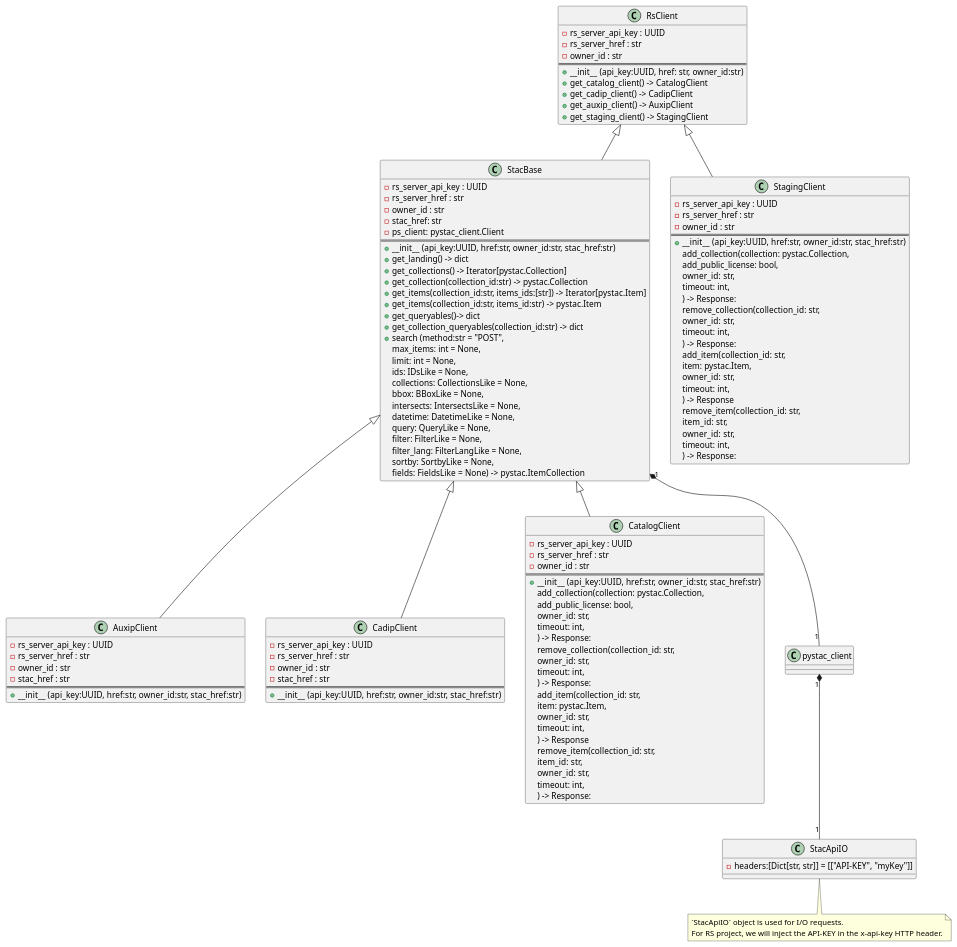
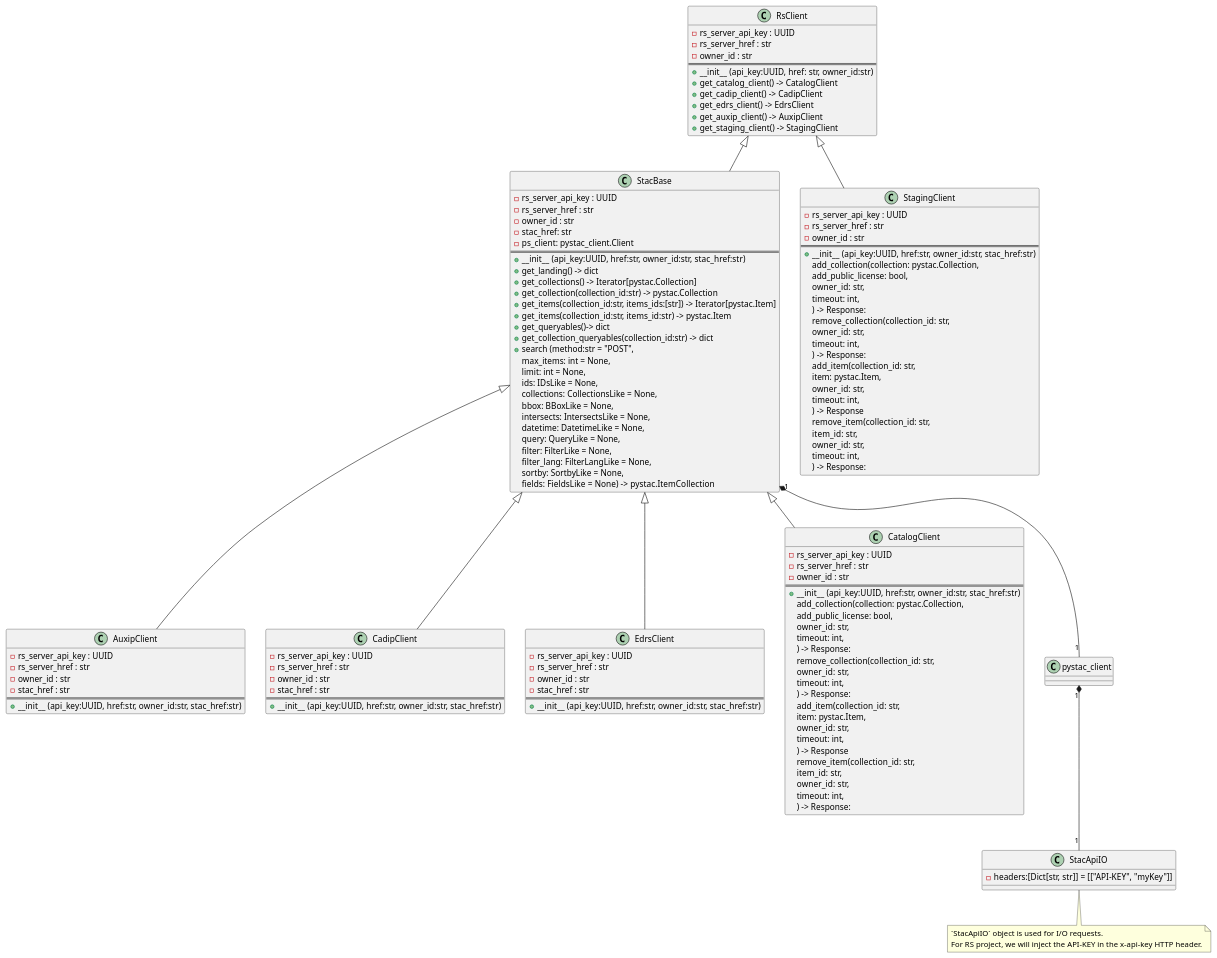
One commit to RS-PYTHON/rs-client-libraries changed the diagram in docs/uml/python-rs-client.plantuml. Above: the diagram before and after it, drawn with PlantUML. The commit also changed 3 other files, not shown here.

Commit message:
rs-client-libraries update for edrs

```diff
--- a/docs/uml/python-rs-client.plantuml
+++ b/docs/uml/python-rs-client.plantuml
@@ -1,138 +1,149 @@
 @startuml python-rs-client
 
 Class RsClient {
 - rs_server_api_key : UUID
 - rs_server_href : str
 - owner_id : str
 ==
 + __init__ (api_key:UUID, href: str, owner_id:str)
 + get_catalog_client() -> CatalogClient
 + get_cadip_client() -> CadipClient
++ get_edrs_client() -> EdrsClient
 + get_auxip_client() -> AuxipClient
 + get_staging_client() -> StagingClient
 }
 
 Class StacBase {
 - rs_server_api_key : UUID
 - rs_server_href : str
 - owner_id : str
 - stac_href: str
 - ps_client: pystac_client.Client
 ==
 + __init__ (api_key:UUID, href:str, owner_id:str, stac_href:str)
 + get_landing() -> dict
 + get_collections() -> Iterator[pystac.Collection]
 + get_collection(collection_id:str) -> pystac.Collection
 + get_items(collection_id:str, items_ids:[str]) -> Iterator[pystac.Item]
 + get_items(collection_id:str, items_id:str) -> pystac.Item
 + get_queryables()-> dict
 + get_collection_queryables(collection_id:str) -> dict
 + search (method:str = "POST",
         max_items: int = None,
         limit: int = None,
         ids: IDsLike = None,
         collections: CollectionsLike = None,
         bbox: BBoxLike = None,
         intersects: IntersectsLike = None,
         datetime: DatetimeLike = None,
         query: QueryLike = None,
         filter: FilterLike = None,
         filter_lang: FilterLangLike = None,
         sortby: SortbyLike = None,
         fields: FieldsLike = None)  -> pystac.ItemCollection
 }
 
 Class AuxipClient {
 - rs_server_api_key : UUID
 - rs_server_href : str
 - owner_id : str
 - stac_href : str
 ==
 + __init__ (api_key:UUID, href:str, owner_id:str, stac_href:str)
 }
 
 Class CadipClient {
+- rs_server_api_key : UUID
+- rs_server_href : str
+- owner_id : str
+- stac_href : str
+==
++ __init__ (api_key:UUID, href:str, owner_id:str, stac_href:str)
+}
+
+Class EdrsClient {
 - rs_server_api_key : UUID
 - rs_server_href : str
 - owner_id : str
 - stac_href : str
 ==
 + __init__ (api_key:UUID, href:str, owner_id:str, stac_href:str)
 }
 
 Class CatalogClient {
 - rs_server_api_key : UUID
 - rs_server_href : str
 - owner_id : str
 ==
 + __init__ (api_key:UUID, href:str, owner_id:str, stac_href:str)
 add_collection(collection: pystac.Collection,
         add_public_license: bool,
         owner_id: str,
         timeout: int,
     ) -> Response:
 remove_collection(collection_id: str,
         owner_id: str,
         timeout: int,
     ) -> Response:
 add_item(collection_id: str,
         item: pystac.Item,
         owner_id: str,
         timeout: int,
     ) -> Response
 remove_item(collection_id: str,
         item_id: str,
         owner_id: str,
         timeout: int,
     ) -> Response:
 }
 
 Class StagingClient {
 - rs_server_api_key : UUID
 - rs_server_href : str
 - owner_id : str
 ==
 + __init__ (api_key:UUID, href:str, owner_id:str, stac_href:str)
 add_collection(collection: pystac.Collection,
         add_public_license: bool,
         owner_id: str,
         timeout: int,
     ) -> Response:
 remove_collection(collection_id: str,
         owner_id: str,
         timeout: int,
     ) -> Response:
 add_item(collection_id: str,
         item: pystac.Item,
         owner_id: str,
         timeout: int,
     ) -> Response
 remove_item(collection_id: str,
         item_id: str,
         owner_id: str,
         timeout: int,
     ) -> Response:
 }
 
 Class pystac_client {
 
 }
 
 Class StacApiIO {
  - headers:[Dict[str, str]] = [["API-KEY", "myKey"]]
 }
 
 RsClient <|-- StacBase
 RsClient <|-- StagingClient
 StacBase <|-- CadipClient
+StacBase <|-- EdrsClient
 StacBase <|-- CatalogClient
 StacBase <|-- AuxipClient
 StacBase "1" *-- "1" pystac_client
 pystac_client "1" *-- "1"  StacApiIO
 
 note bottom
 `StacApiIO` object is used for I/O requests.
 For RS project, we will inject the API-KEY in the x-api-key HTTP header.
 end note
 
 @enduml
```
